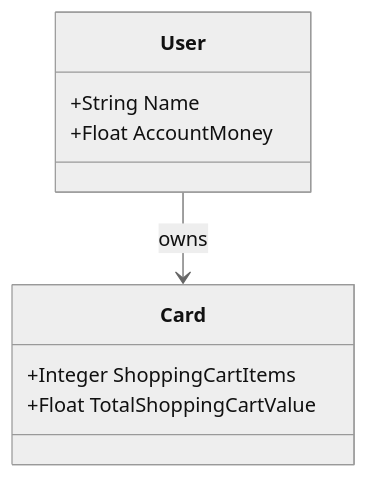
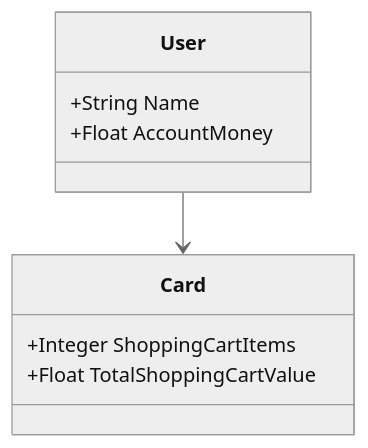
Before and after one commit to leoIribarne/santander-dev-week-2023: the diagram in README.md, drawn with Mermaid (neutral theme).

````diff
--- a/README.md
+++ b/README.md
@@ -1,14 +1,14 @@
 ```mermaid
 classDiagram
     class User {
         +String Name
         +Float AccountMoney
     }
 
     class Card {
         +Integer ShoppingCartItems
         +Float TotalShoppingCartValue
     }
 
-    User --> Card : owns
+    User --> Card : 
 ```
````
